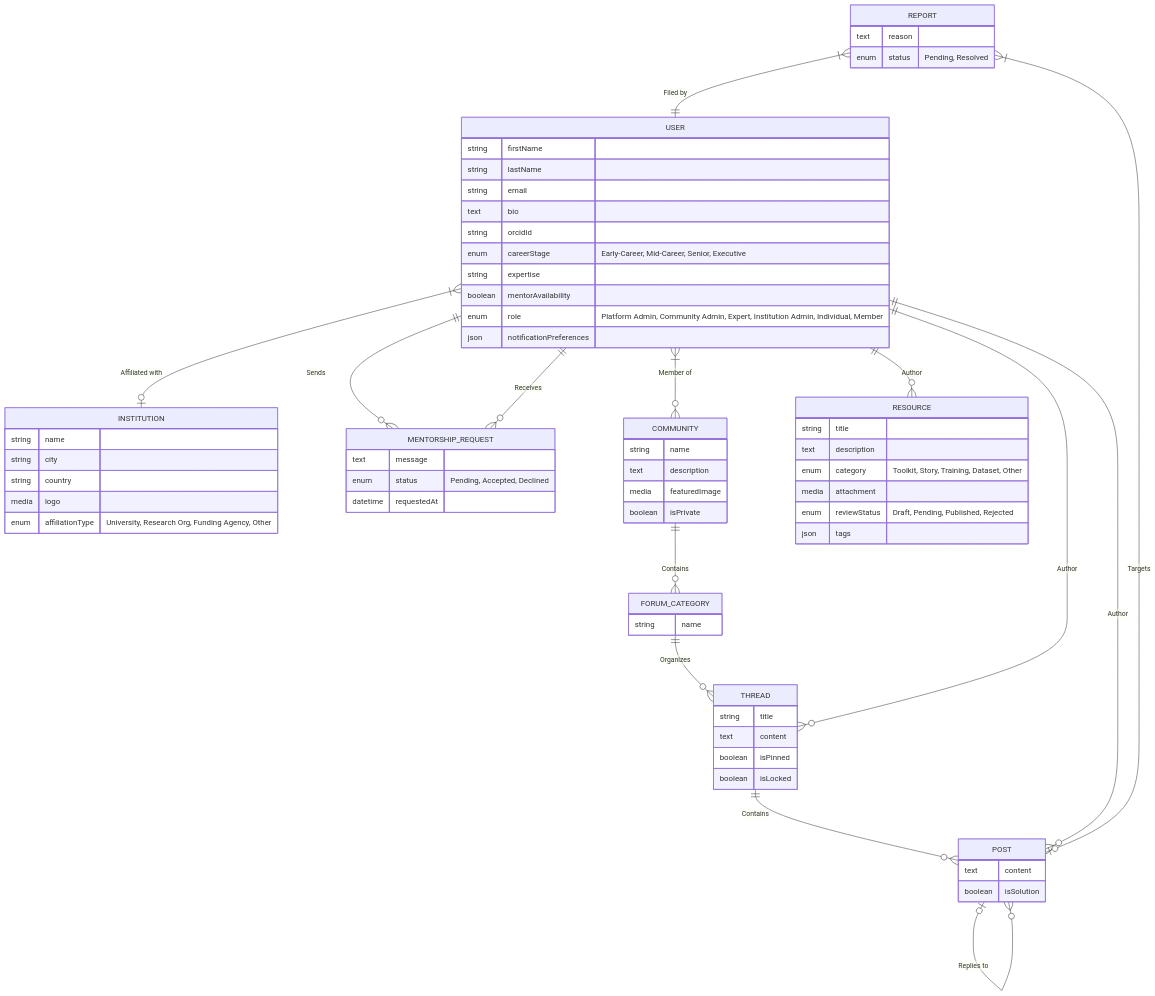
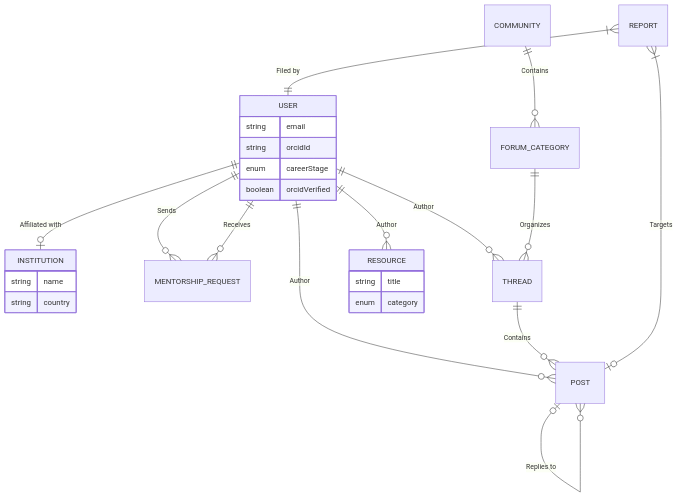
The first of 2 diagrams in docs/science-of-africa-lld.md (akvo/science-for-africa), drawn with Mermaid before and after one commit. The commit also changed other lines of this file, not shown here.

````diff
--- a/docs/science-of-africa-lld.md
+++ b/docs/science-of-africa-lld.md
@@ -61,87 +49,35 @@
 ```mermaid
 erDiagram
     %% Identity & Institutions
-    USER {
-        string firstName
-        string lastName
-        string email
-        text bio
-        string orcidId
-        enum careerStage "Early-Career, Mid-Career, Senior, Executive"
-        string expertise
-        boolean mentorAvailability
-        enum role "Platform Admin, Community Admin, Expert, Institution Admin, Individual, Member"
-        json notificationPreferences
-    }
-
-    INSTITUTION {
-        string name
-        string city
-        string country
-        media logo
-        enum affiliationType "University, Research Org, Funding Agency, Other"
-    }
-
-    MENTORSHIP_REQUEST {
-        text message
-        enum status "Pending, Accepted, Declined"
-        datetime requestedAt
-    }
+    USER ||--o| INSTITUTION : "Affiliated with"
+    USER ||--o{ MENTORSHIP_REQUEST : "Sends"
+    USER ||--o{ MENTORSHIP_REQUEST : "Receives"
+    USER ||--o{ THREAD : "Author"
+    USER ||--o{ POST : "Author"
+    USER ||--o{ RESOURCE : "Author"
 
     %% Community & Forums
-    COMMUNITY {
-        string name
-        text description
-        media featuredImage
-        boolean isPrivate
-    }
-
-    FORUM_CATEGORY {
-        string name
-    }
-
-    THREAD {
-        string title
-        text content
-        boolean isPinned
-        boolean isLocked
-    }
-
-    POST {
-        text content
-        boolean isSolution
-    }
-
-    REPORT {
-        text reason
-        enum status "Pending, Resolved"
-    }
-
-    %% Knowledge Base & Resources
-    RESOURCE {
-        string title
-        text description
-        enum category "Toolkit, Story, Training, Dataset, Other"
-        media attachment
-        enum reviewStatus "Draft, Pending, Published, Rejected"
-        json tags
-    }
-
-    %% Relationships
-    USER }|--o| INSTITUTION : "Affiliated with"
-    USER ||--o{ MENTORSHIP_REQUEST : "Sends"
-    USER ||--o{ MENTORSHIP_REQUEST : "Receives"
-
-    USER }|--o{ COMMUNITY : "Member of"
     COMMUNITY ||--o{ FORUM_CATEGORY : "Contains"
     FORUM_CATEGORY ||--o{ THREAD : "Organizes"
     THREAD ||--o{ POST : "Contains"
     POST |o--o{ POST : "Replies to"
 
-    USER ||--o{ THREAD : "Author"
-    USER ||--o{ POST : "Author"
-    USER ||--o{ RESOURCE : "Author"
-
+    %% Moderation
     REPORT }|--|| USER : "Filed by"
     REPORT }|--o| POST : "Targets"
+
+    USER {
+        string email
+        string orcidId
+        enum careerStage
+        boolean orcidVerified
+    }
+    INSTITUTION {
+        string name
+        string country
+    }
+    RESOURCE {
+        string title
+        enum category
+    }
 ```
````
